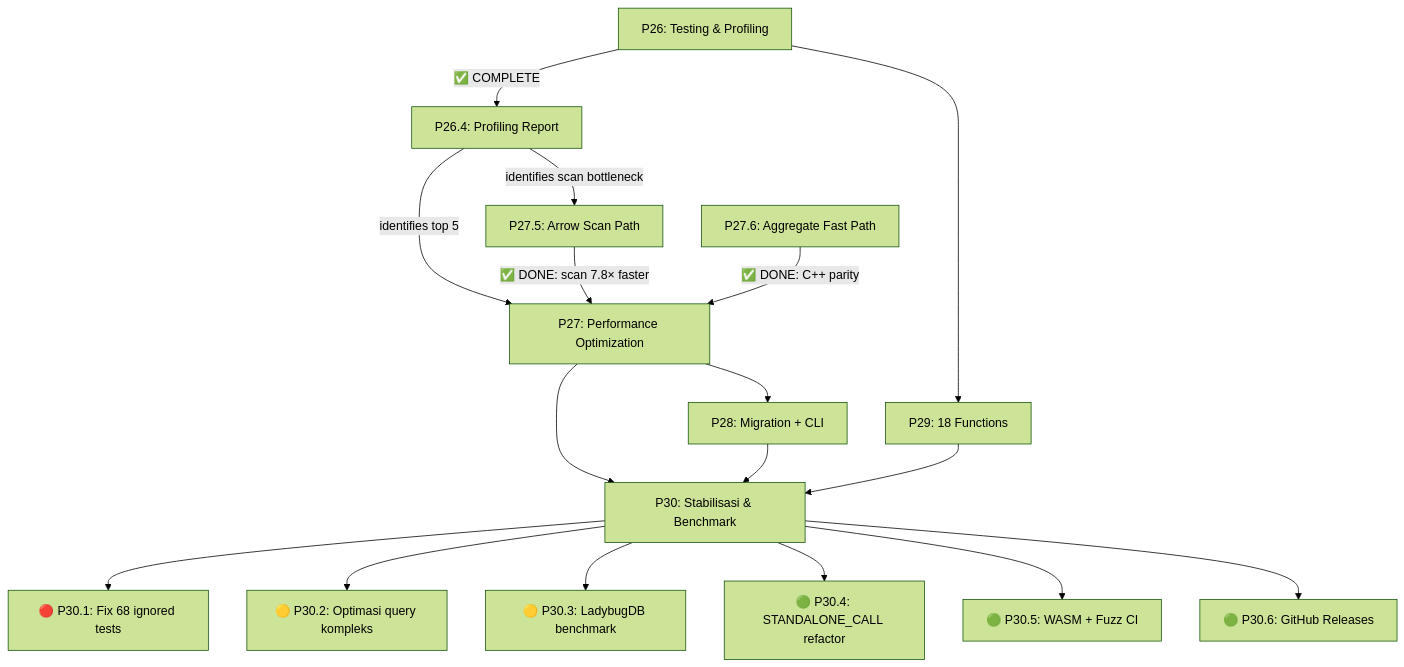
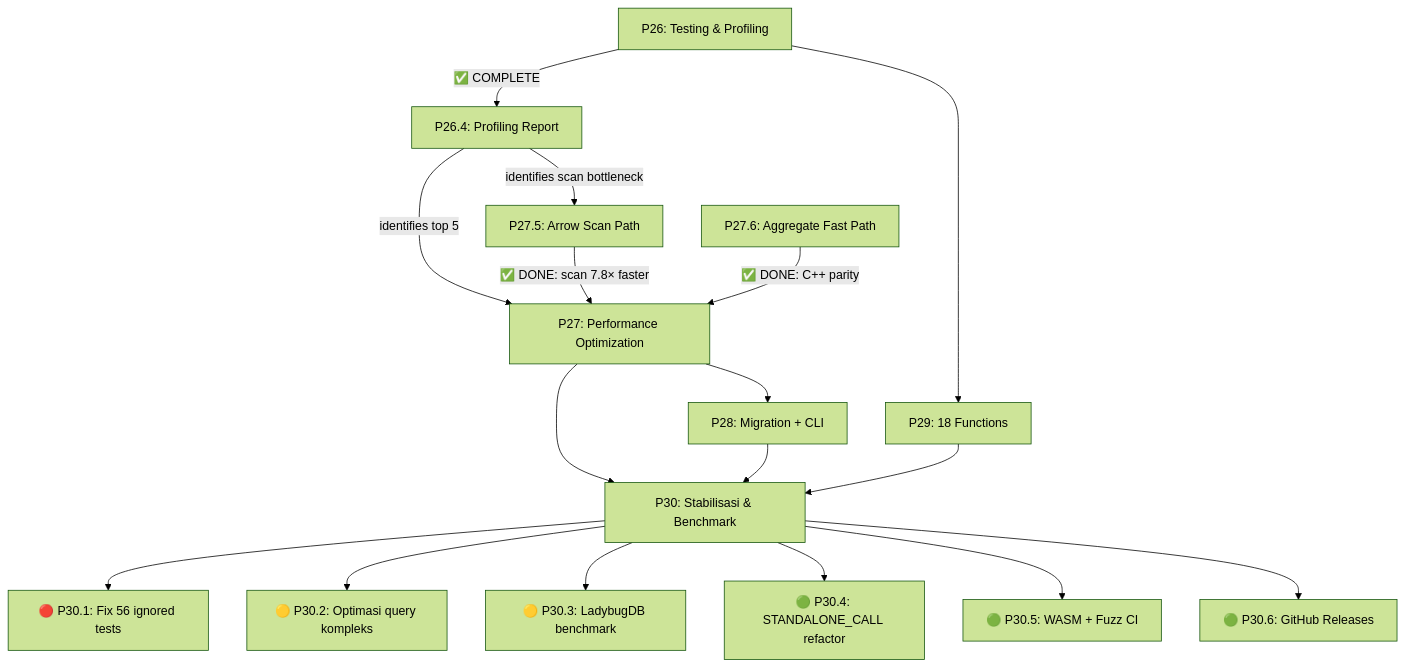
Before and after one commit to mlengse/akar: the diagram in kuzu-core/implementation_plan.md, drawn with Mermaid (forest theme). The commit also changed other lines of this file, not shown here.

Commit message:
docs: add auto-server architecture analysis and update implementation plan status

````diff
--- a/kuzu-core/implementation_plan.md
+++ b/kuzu-core/implementation_plan.md
@@ -464,19 +464,19 @@
 ```mermaid
 graph TD
     P26["P26: Testing & Profiling"] -->|✅ COMPLETE| P26_4["P26.4: Profiling Report"]
     P26_4 -->|identifies scan bottleneck| P27_5["P27.5: Arrow Scan Path"]
     P26_4 -->|identifies top 5| P27["P27: Performance Optimization"]
     P27_5 -->|✅ DONE: scan 7.8× faster| P27
     P27_6["P27.6: Aggregate Fast Path"] -->|✅ DONE: C++ parity| P27
     P27 --> P28["P28: Migration + CLI"]
     P26 --> P29["P29: 18 Functions"]
     P27 --> P30["P30: Stabilisasi & Benchmark"]
     P28 --> P30
     P29 --> P30
-    P30 --> P30_1["🔴 P30.1: Fix 68 ignored tests"]
+    P30 --> P30_1["🔴 P30.1: Fix 56 ignored tests"]
     P30 --> P30_2["🟡 P30.2: Optimasi query kompleks"]
     P30 --> P30_3["🟡 P30.3: LadybugDB benchmark"]
     P30 --> P30_4["🟢 P30.4: STANDALONE_CALL refactor"]
     P30 --> P30_5["🟢 P30.5: WASM + Fuzz CI"]
     P30 --> P30_6["🟢 P30.6: GitHub Releases"]
 ```
````
